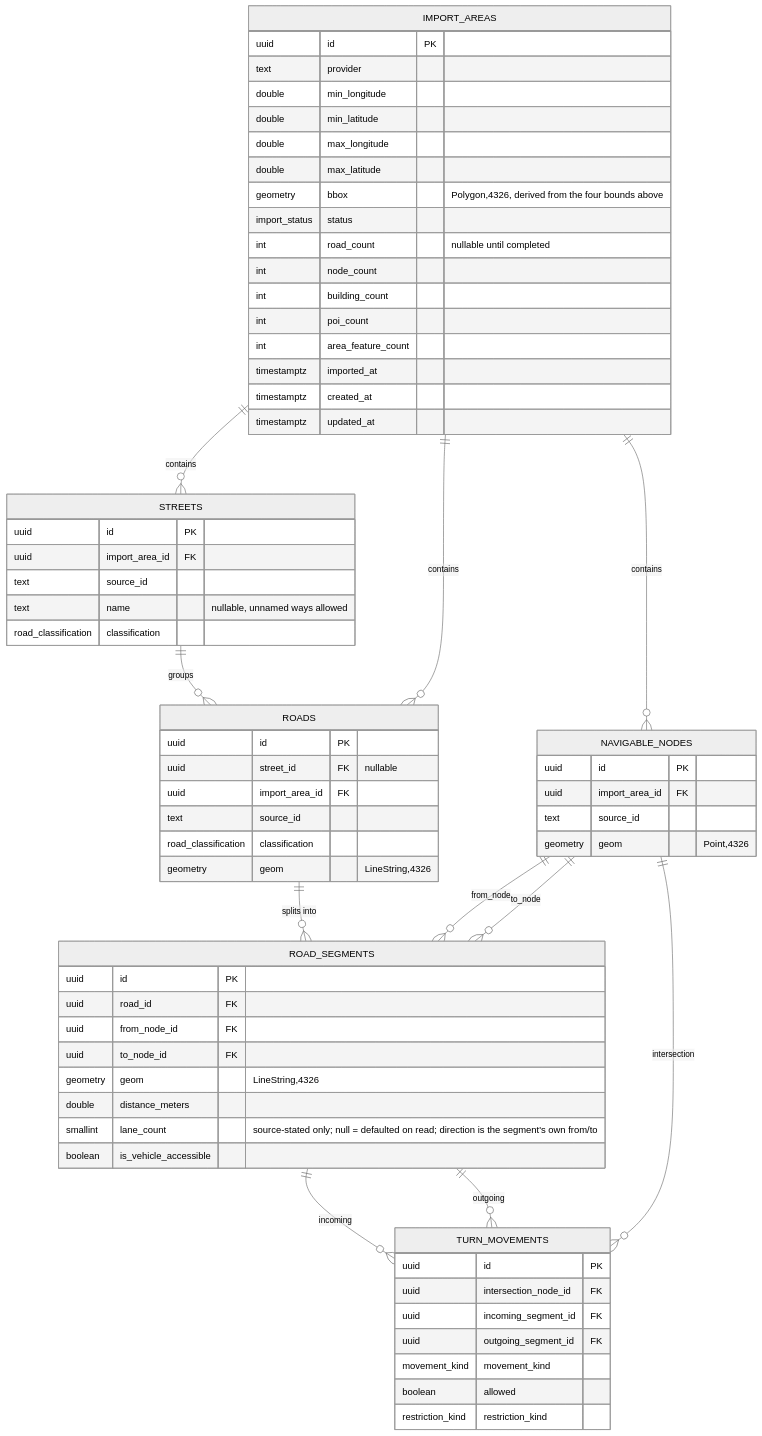
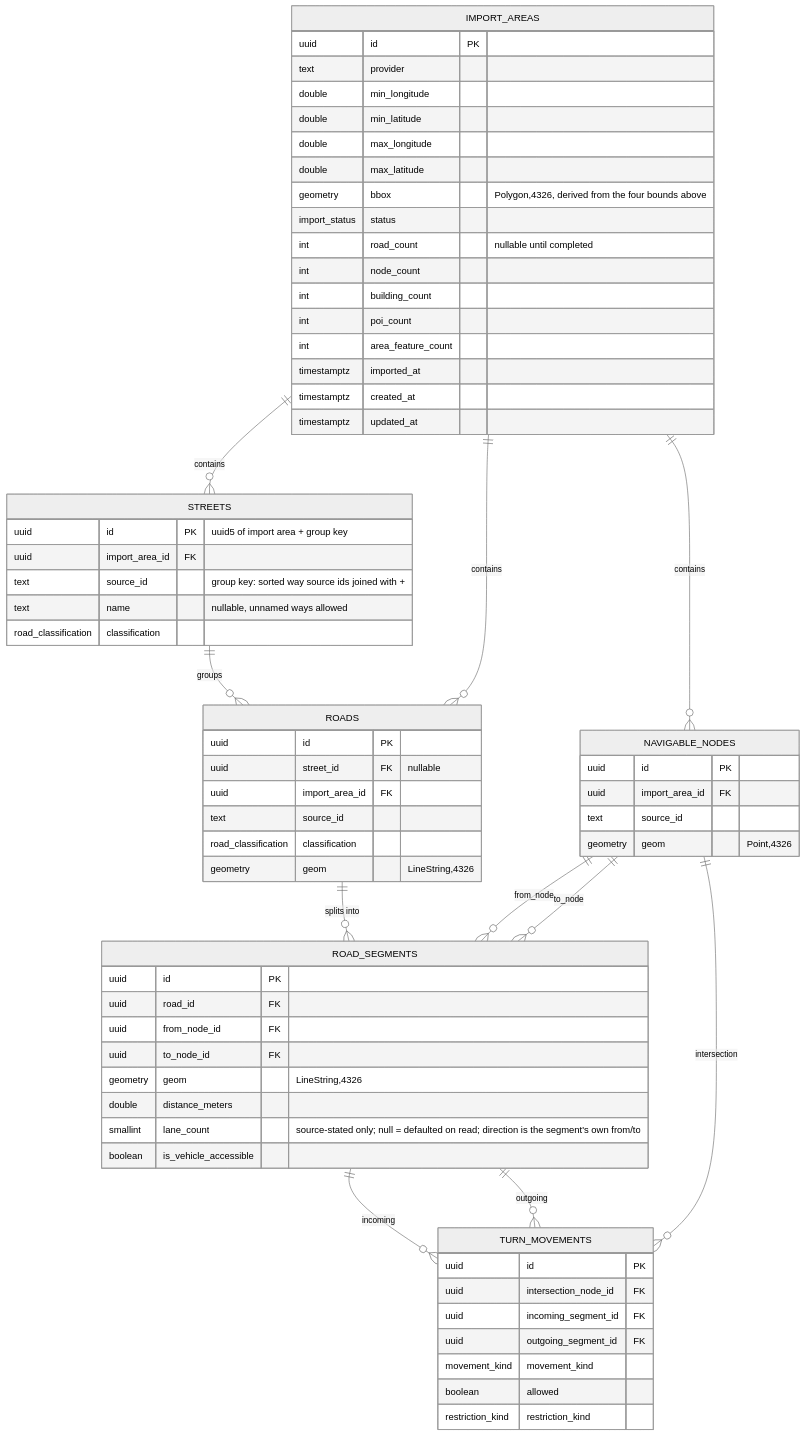
Before and after one commit to josuecm13/geospatial-reconstruction-engine: the first of 3 diagrams in docs/schema.md, drawn with Mermaid (neutral theme). The commit also changed other lines of this file and 17 other files, not shown here.

First line of the commit message:
feat: group OSM ways into logical streets with deterministic ids (#33)

````diff
--- a/docs/schema.md
+++ b/docs/schema.md
@@ -27,72 +27,72 @@
 ```mermaid
 erDiagram
     IMPORT_AREAS ||--o{ STREETS : contains
     IMPORT_AREAS ||--o{ ROADS : contains
     IMPORT_AREAS ||--o{ NAVIGABLE_NODES : contains
     STREETS ||--o{ ROADS : groups
     ROADS ||--o{ ROAD_SEGMENTS : "splits into"
     NAVIGABLE_NODES ||--o{ ROAD_SEGMENTS : from_node
     NAVIGABLE_NODES ||--o{ ROAD_SEGMENTS : to_node
     NAVIGABLE_NODES ||--o{ TURN_MOVEMENTS : intersection
     ROAD_SEGMENTS ||--o{ TURN_MOVEMENTS : incoming
     ROAD_SEGMENTS ||--o{ TURN_MOVEMENTS : outgoing
 
     IMPORT_AREAS {
         uuid id PK
         text provider
         double min_longitude
         double min_latitude
         double max_longitude
         double max_latitude
         geometry bbox "Polygon,4326, derived from the four bounds above"
         import_status status
         int road_count "nullable until completed"
         int node_count
         int building_count
         int poi_count
         int area_feature_count
         timestamptz imported_at
         timestamptz created_at
         timestamptz updated_at
     }
     STREETS {
-        uuid id PK
+        uuid id PK "uuid5 of import area + group key"
         uuid import_area_id FK
-        text source_id
+        text source_id "group key: sorted way source ids joined with +"
         text name "nullable, unnamed ways allowed"
         road_classification classification
     }
     ROADS {
         uuid id PK
         uuid street_id FK "nullable"
         uuid import_area_id FK
         text source_id
         road_classification classification
         geometry geom "LineString,4326"
     }
     NAVIGABLE_NODES {
         uuid id PK
         uuid import_area_id FK
         text source_id
         geometry geom "Point,4326"
     }
     ROAD_SEGMENTS {
         uuid id PK
         uuid road_id FK
         uuid from_node_id FK
         uuid to_node_id FK
         geometry geom "LineString,4326"
         double distance_meters
         smallint lane_count "source-stated only; null = defaulted on read; direction is the segment's own from/to"
         boolean is_vehicle_accessible
     }
     TURN_MOVEMENTS {
         uuid id PK
         uuid intersection_node_id FK
         uuid incoming_segment_id FK
         uuid outgoing_segment_id FK
         movement_kind movement_kind
         boolean allowed
         restriction_kind restriction_kind
     }
 ```
````
